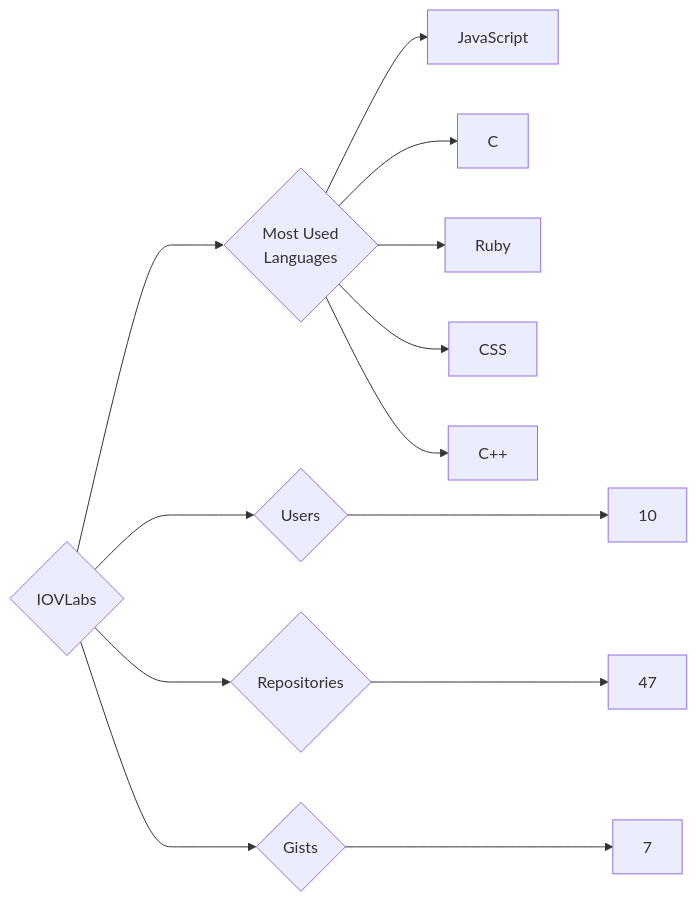
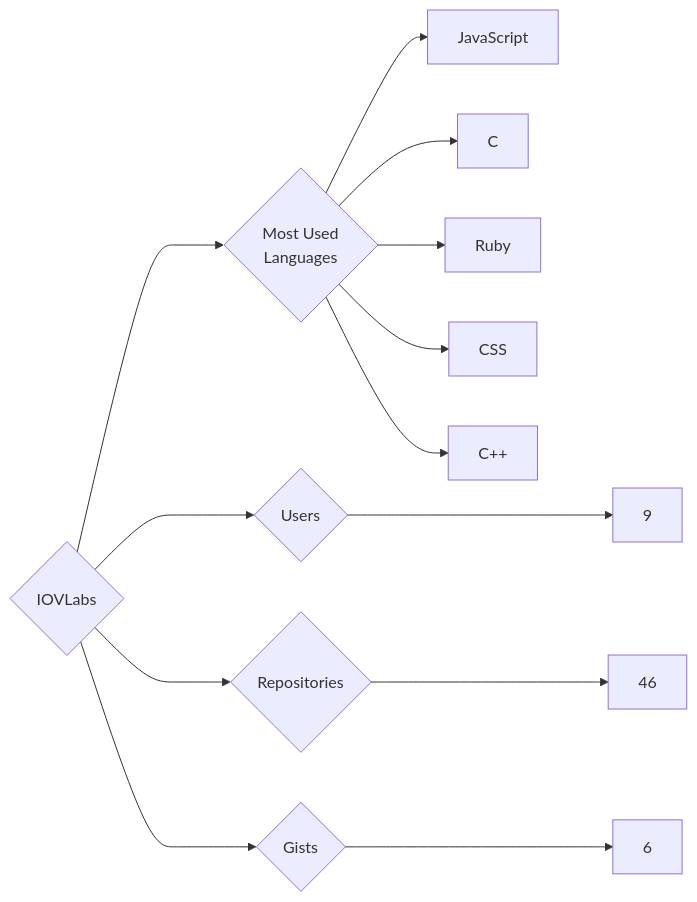
Before and after one commit to trickest/insiders: the diagram in targets/IOVLabs/README.md, drawn with Mermaid. The commit also changed 912 other files, not shown here.

````diff
--- a/targets/IOVLabs/README.md
+++ b/targets/IOVLabs/README.md
@@ -3,13 +3,13 @@
 ```mermaid
 graph LR
 COMPANY_NAME{IOVLabs}
-COMPANY_NAME ---> U{Users} ---> UN[10]
-COMPANY_NAME ---> R{Repositories} ---> RN[47]
-COMPANY_NAME ---> G{Gists} ---> GN[7]
+COMPANY_NAME ---> U{Users} ---> UN[9]
+COMPANY_NAME ---> R{Repositories} ---> RN[46]
+COMPANY_NAME ---> G{Gists} ---> GN[6]
 COMPANY_NAME ---> ML{Most Used<br>Languages}
 ML --> JavaScript[JavaScript]
 ML --> C[C]
 ML --> Ruby[Ruby]
 ML --> CSS[CSS]
 ML --> C++[C++]
 ```
````
